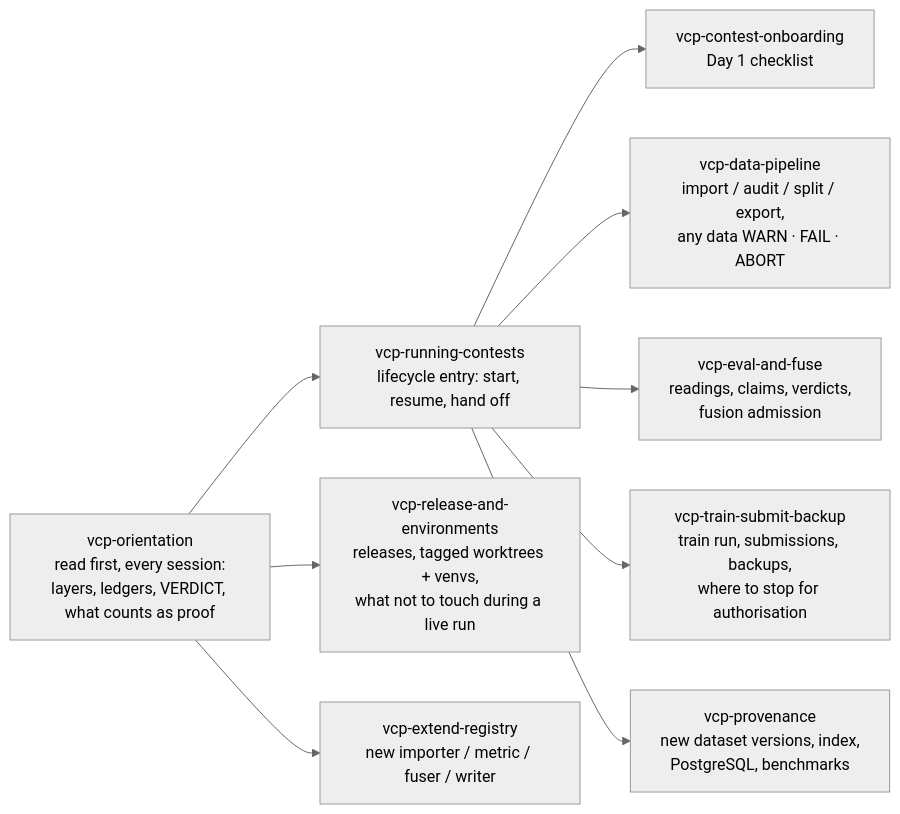
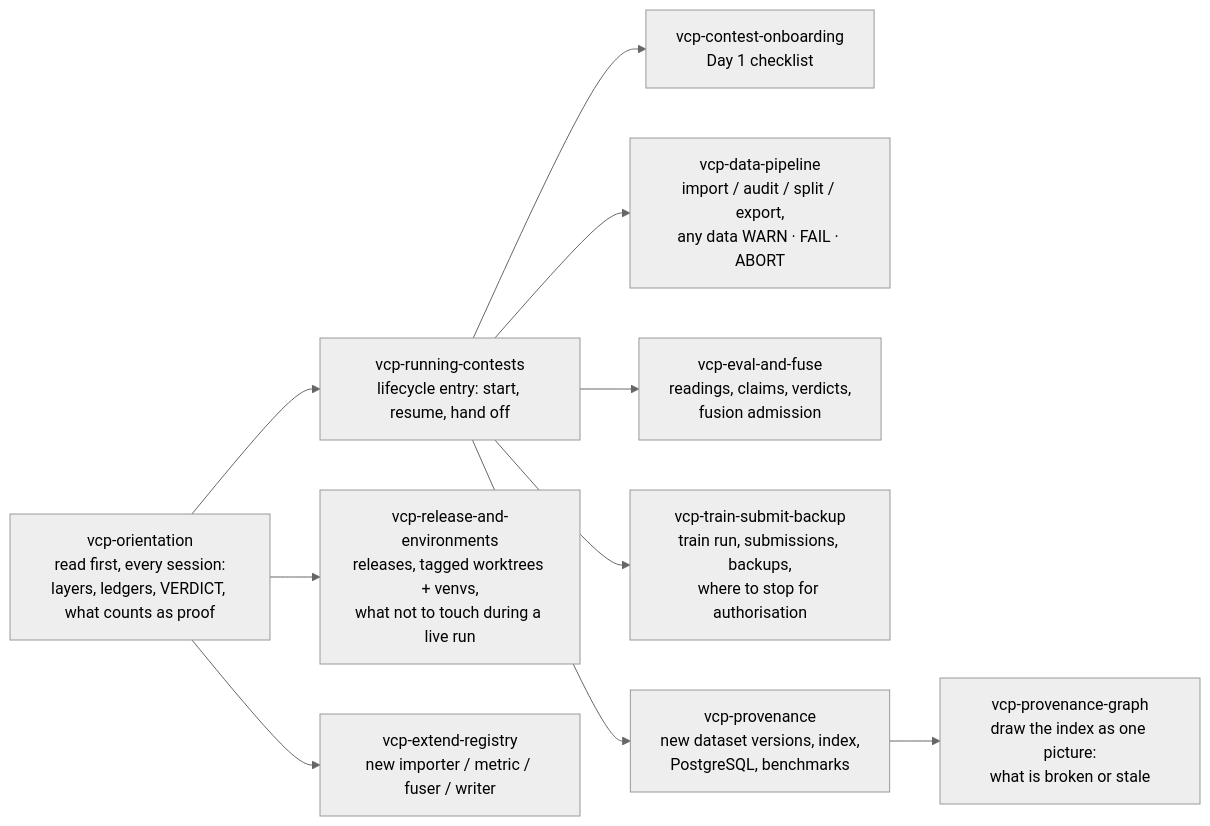
The diagram in docs/guides/AGENT_SKILLS.md (eric20041027/Vision-contest-pipeline), drawn with Mermaid (neutral theme) before and after one commit. The commit also changed other lines of this file and 12 other files, not shown here.

First line of the commit message:
docs(skills): 新增 vcp-provenance-graph skill 並接上路由

````diff
--- a/docs/guides/AGENT_SKILLS.md
+++ b/docs/guides/AGENT_SKILLS.md
@@ -5,11 +5,12 @@
 ```mermaid
 flowchart LR
     O["vcp-orientation<br/>read first, every session:<br/>layers, ledgers, VERDICT, what counts as proof"] --> R["vcp-running-contests<br/>lifecycle entry: start, resume, hand off"]
     R --> S1["vcp-contest-onboarding<br/>Day 1 checklist"]
     R --> S2["vcp-data-pipeline<br/>import / audit / split / export,<br/>any data WARN · FAIL · ABORT"]
     R --> S3["vcp-eval-and-fuse<br/>readings, claims, verdicts,<br/>fusion admission"]
     R --> S4["vcp-train-submit-backup<br/>train run, submissions, backups,<br/>where to stop for authorisation"]
     R --> S5["vcp-provenance<br/>new dataset versions, index,<br/>PostgreSQL, benchmarks"]
+    S5 --> S8["vcp-provenance-graph<br/>draw the index as one picture:<br/>what is broken or stale"]
     O --> S6["vcp-release-and-environments<br/>releases, tagged worktrees + venvs,<br/>what not to touch during a live run"]
     O --> S7["vcp-extend-registry<br/>new importer / metric / fuser / writer"]
 ```
````
